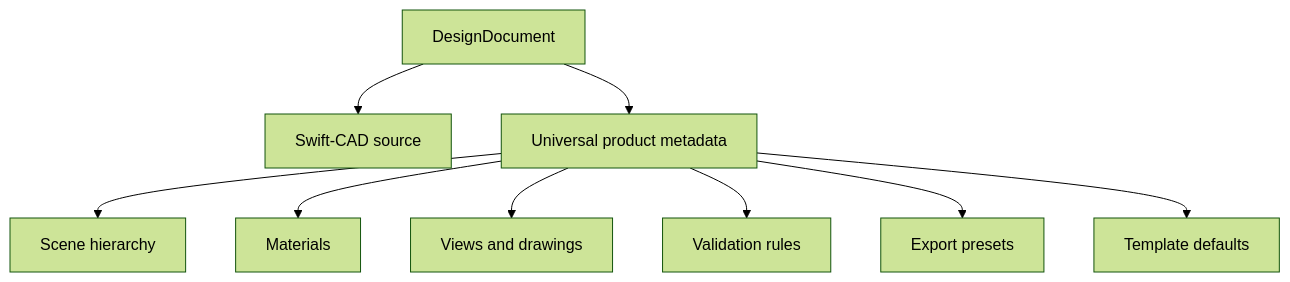
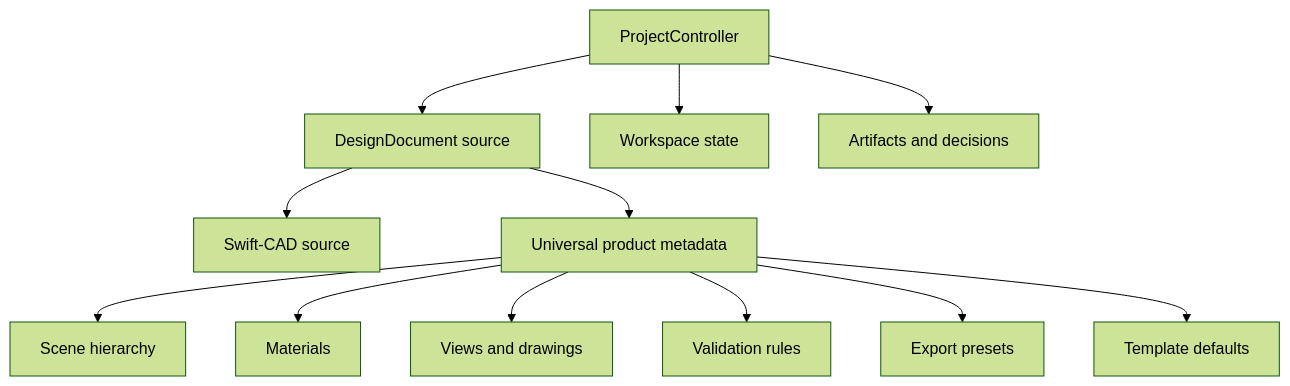
One commit to 1amageek/Rupa changed the third of 5 diagrams in Rupa/PRODUCT_REQUIREMENTS.md. Above: the diagram before and after it, drawn with Mermaid (forest theme). The commit also changed other lines of this file and 447 other files, not shown here.

````diff
--- a/Rupa/PRODUCT_REQUIREMENTS.md
+++ b/Rupa/PRODUCT_REQUIREMENTS.md
@@ -110,11 +134,14 @@
 ```mermaid
 flowchart TD
-    DesignDoc["DesignDocument"] --> CAD["Swift-CAD source"]
+    Project["ProjectController"] --> DesignDoc["DesignDocument source"]
+    Project --> Workspace["Workspace state"]
+    Project --> Artifacts["Artifacts and decisions"]
+    DesignDoc --> CAD["Swift-CAD source"]
     DesignDoc --> Product["Universal product metadata"]
     Product --> Scene["Scene hierarchy"]
     Product --> Materials["Materials"]
     Product --> Views["Views and drawings"]
     Product --> Validation["Validation rules"]
     Product --> Exports["Export presets"]
     Product --> Templates["Template defaults"]
 ```
````
